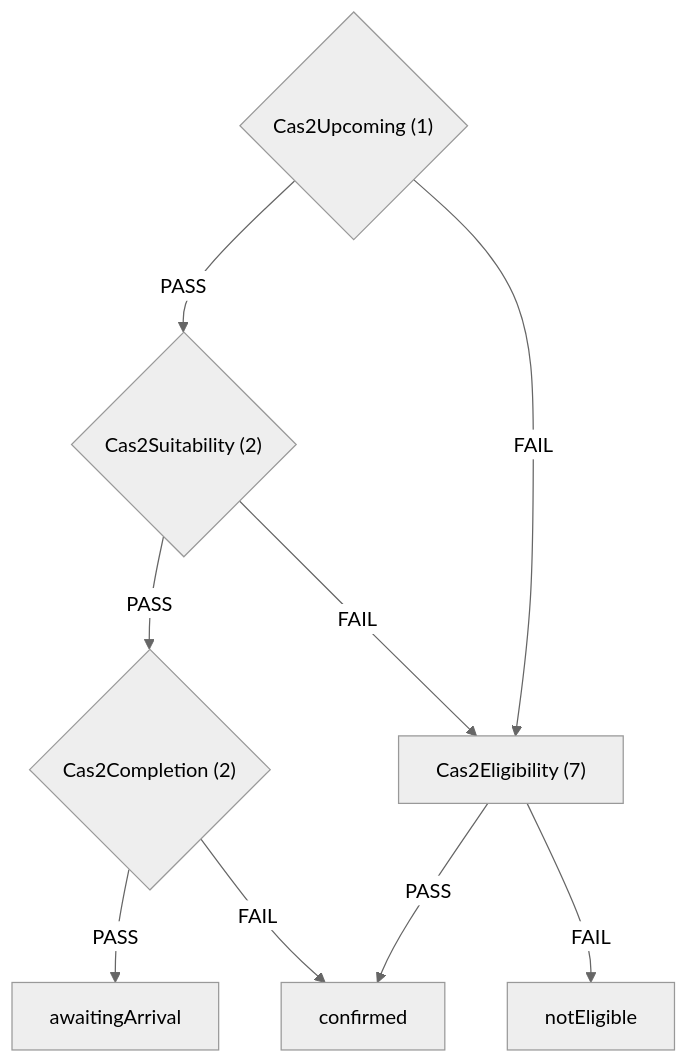
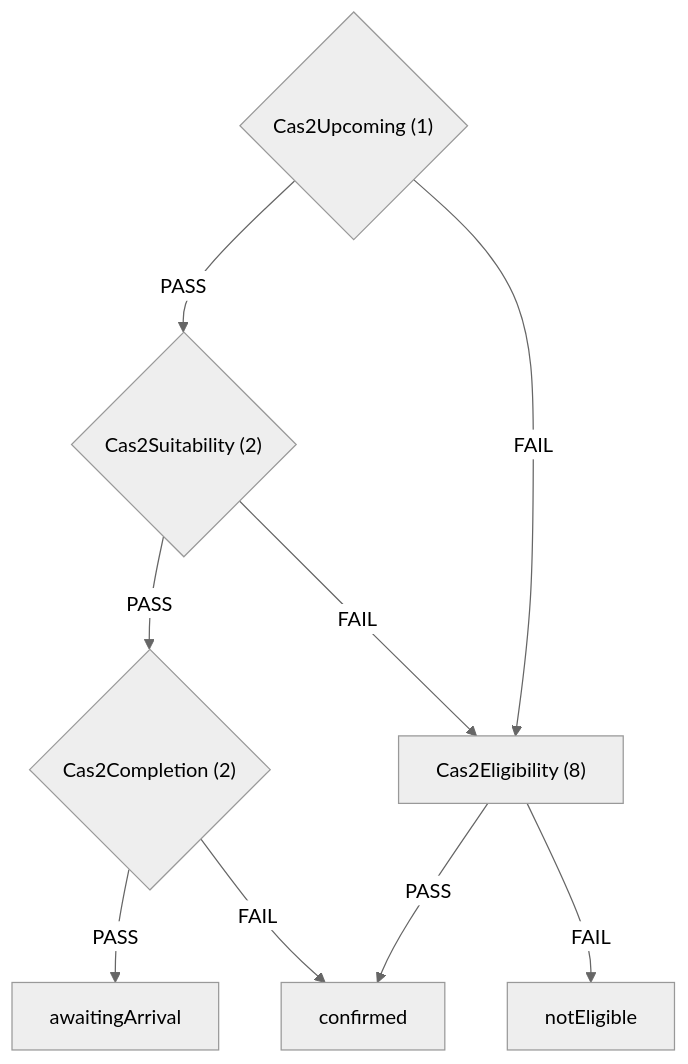
One commit to ministryofjustice/hmpps-single-accommodation-service-api changed the second of 6 diagrams in docs/eligibility-rules-graph.md. Above: the diagram before and after it, drawn with Mermaid (neutral theme). The commit also changed other lines of this file and 9 other files, not shown here.

````diff
--- a/docs/eligibility-rules-graph.md
+++ b/docs/eligibility-rules-graph.md
@@ -83,18 +83,18 @@
 ```mermaid
 flowchart TD
   Cas2Upcoming{"Cas2Upcoming (1)"}
   Cas2Suitability{"Cas2Suitability (2)"}
   Cas2Completion{"Cas2Completion (2)"}
   awaitingArrival["awaitingArrival"]
   confirmed["confirmed"]
-  Cas2Eligibility["Cas2Eligibility (7)"]
+  Cas2Eligibility["Cas2Eligibility (8)"]
   notEligible["notEligible"]
   Cas2Completion -->|PASS| awaitingArrival
   Cas2Completion -->|FAIL| confirmed
   Cas2Eligibility -->|PASS| confirmed
   Cas2Eligibility -->|FAIL| notEligible
   Cas2Suitability -->|PASS| Cas2Completion
   Cas2Suitability -->|FAIL| Cas2Eligibility
   Cas2Upcoming -->|PASS| Cas2Suitability
   Cas2Upcoming -->|FAIL| Cas2Eligibility
 ```
````
